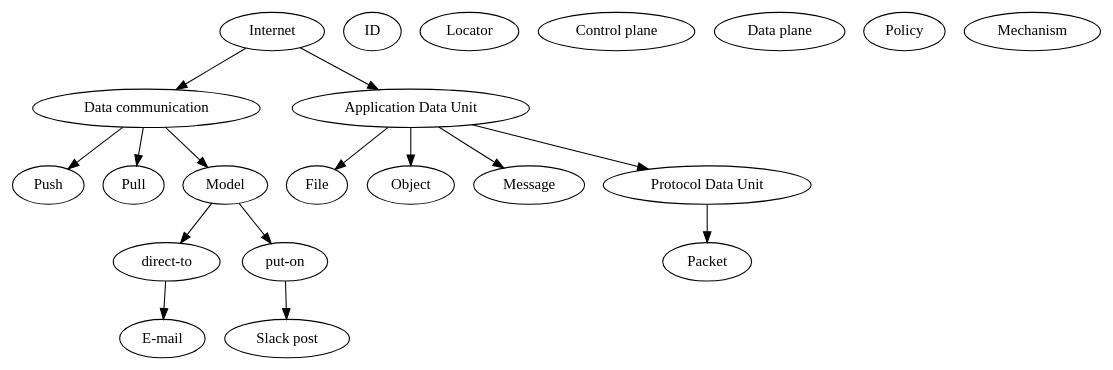
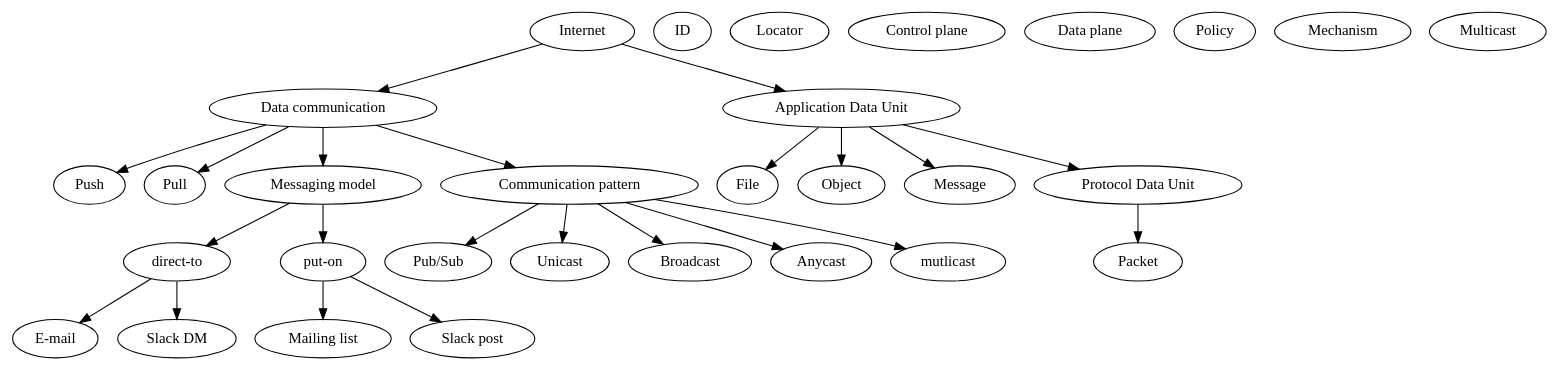
One commit to pixos/ic2 changed the diagram in mindmap.gv. Above: the diagram before and after it, drawn with Graphviz.

```diff
--- a/mindmap.gv
+++ b/mindmap.gv
@@ -1,48 +1,66 @@
 digraph graph_name {
 
   root [ label = "Internet" ];
   comm [ label = "Data communication" ];
   comm_push [ label = "Push" ];
   comm_pull [ label = "Pull" ];
   file [ label = "File" ];
   object [ label = "Object" ];
   message [ label = "Message" ];
   packet [ label = "Packet" ];
 
   adu [ label = "Application Data Unit" ];
   pdu [ label = "Protocol Data Unit" ];
 
   id [ label = "ID" ];
   locator [ label = "Locator" ];
 
   cplane [ label = "Control plane" ];
   dplane [ label = "Data plane" ];
 
   policy [ label = "Policy" ];
   mechanism [ label = "Mechanism" ];
 
-  model [ label = "Model" ];
+  model [ label = "Messaging model" ];
+  pattern [ label = "Communication pattern" ];
   directto [ label = "direct-to" ];
   puton [ label = "put-on" ];
 
   email [ label = "E-mail" ];
+  mailinglist [ label = "Mailing list" ];
   slack [ label = "Slack post" ];
+  slackdm [ label = "Slack DM" ];
+
+  pubsub [ label = "Pub/Sub" ];
+  unicast [ label = "Unicast" ];
+  multicast [ label = "Multicast" ];
+  broadcast [ label = "Broadcast" ];
+  anycast [ label = "Anycast" ];
 
   root -> adu;
   adu -> pdu;
   adu -> file;
   adu -> object;
   adu -> message;
   pdu -> packet;
 
   root -> comm;
   comm -> comm_push;
   comm -> comm_pull;
 
   comm -> model;
   model -> directto;
   model -> puton;
   directto -> email;
+  directto -> slackdm;
   puton -> slack;
+  puton -> mailinglist;
+
+  comm -> pattern;
+  pattern -> pubsub;
+  pattern -> unicast;
+  pattern -> mutlicast;
+  pattern -> broadcast;
+  pattern -> anycast;
 
 }
```
